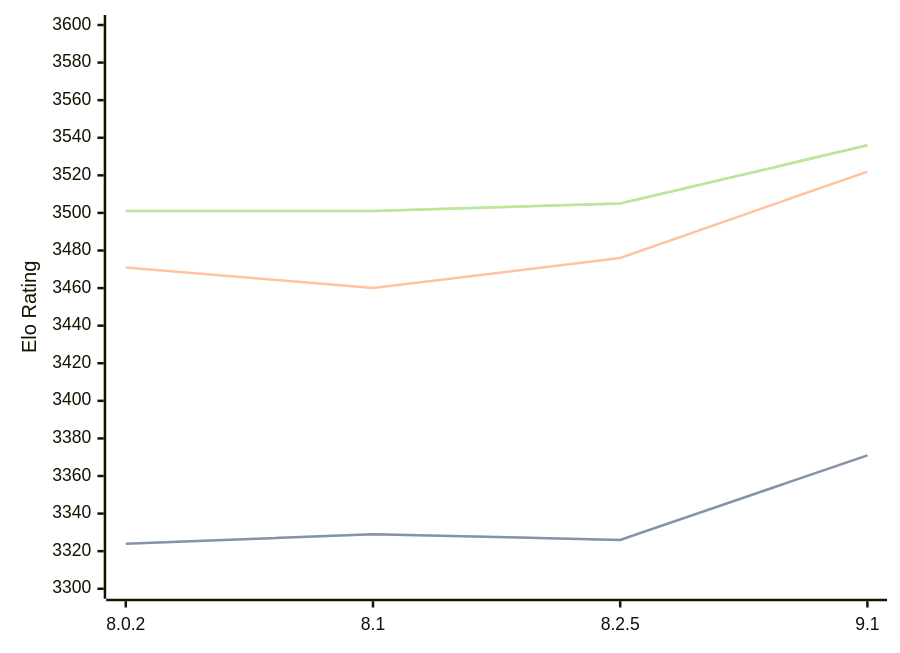
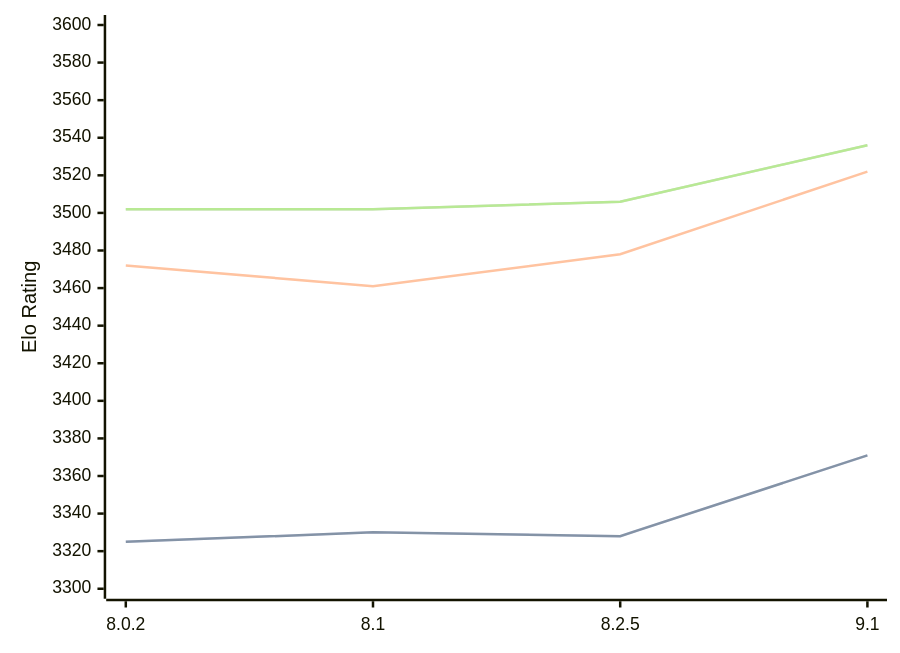
The third of 3 diagrams in engines/Clover.md (computer-chess-index/cci), drawn with Mermaid before and after one commit. The commit also changed other lines of this file, not shown here.

Commit message:
Update CCI Ratings (ELO VLTC) - 2026-07-02

````diff
--- a/engines/Clover.md
+++ b/engines/Clover.md
@@ -97,11 +97,11 @@
 ```mermaid
 %%{init: {"theme":"base","themeVariables":{"seriesColors:['#a3a3a3','#222221','#faa371']}}}%%
 xychart-beta
   x-axis ["8.0.2", "8.1", "8.2.5", "9.1"]
   y-axis "Elo Rating" 3300 --> 3600
-  line "STC (8.0+0.08s)" [3324, 3329, 3326, 3371]
-  line "STC (8.0+0.08s)" [3324, 3329, 3326, 3371]
-  line "LTC (60.0+0.60s)" [3471, 3460, 3476, 3522]
-  line "VLTC (2m24s+1.12s)" [3501, 3501, 3505, 3536]
-  line "VLTC (2m24s+1.12s)" [3501, 3501, 3505, 3536]
+  line "STC (8.0+0.08s)" [3325, 3330, 3328, 3371]
+  line "STC (8.0+0.08s)" [3325, 3330, 3328, 3371]
+  line "LTC (60.0+0.60s)" [3472, 3461, 3478, 3522]
+  line "VLTC (2m24s+1.12s)" [3502, 3502, 3506, 3536]
+  line "VLTC (2m24s+1.12s)" [3502, 3502, 3506, 3536]
 ```
````
